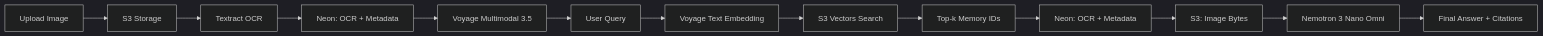
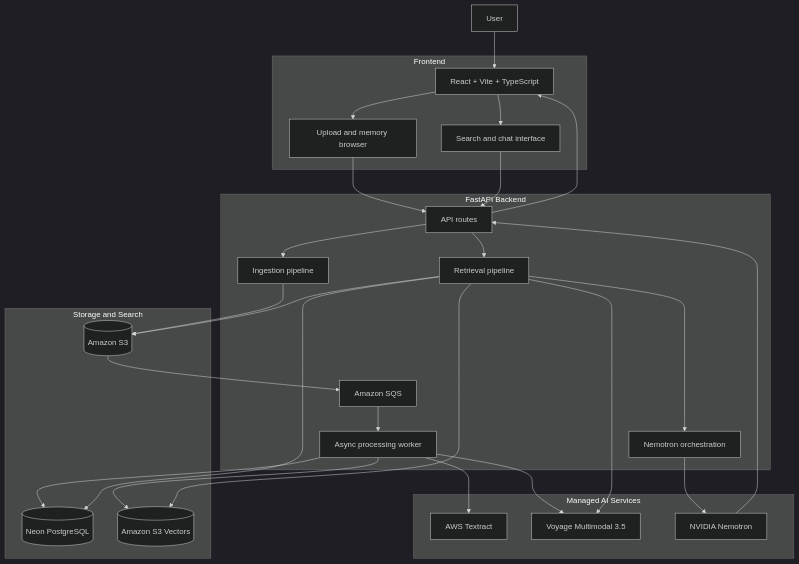
One commit to a-y-a-n-das/Remora changed the first of 3 diagrams in README.md. Above: the diagram before and after it, drawn with Mermaid (dark theme). The commit also changed other lines of this file, not shown here.

````diff
--- a/README.md
+++ b/README.md
@@ -23,15 +52,53 @@
 ```mermaid
-flowchart LR
-    A[Upload Image] --> B[S3 Storage]
-    B --> C[Textract OCR]
-    C --> D[Neon: OCR + Metadata]
-    D --> E[Voyage Multimodal 3.5]
-    E --> F[(S3 Vectors)]
-    F[User Query] --> G[Voyage Text Embedding]
-    G --> H[S3 Vectors Search]
-    H --> I[Top-k Memory IDs]
-    I --> J[Neon: OCR + Metadata]
-    J --> K[S3: Image Bytes]
-    K --> L[Nemotron 3 Nano Omni]
-    L --> M[Final Answer + Citations]
+flowchart TB
+    User[User]
+
+    subgraph Frontend["Frontend"]
+        UI[React + Vite + TypeScript]
+        Upload[Upload and memory browser]
+        Search[Search and chat interface]
+    end
+
+    subgraph Backend["FastAPI Backend"]
+        API[API routes]
+        Ingest[Ingestion pipeline]
+        Queue[Amazon SQS]
+        Worker[Async processing worker]
+        Retrieve[Retrieval pipeline]
+        Reason[Nemotron orchestration]
+    end
+
+    subgraph Storage["Storage and Search"]
+        S3[(Amazon S3)]
+        Neon[(Neon PostgreSQL)]
+        Vectors[(Amazon S3 Vectors)]
+    end
+
+    subgraph AI["Managed AI Services"]
+        Textract[AWS Textract]
+        Voyage[Voyage Multimodal 3.5]
+        Nemotron[NVIDIA Nemotron]
+    end
+
+    User --> UI
+    UI --> Upload
+    UI --> Search
+    Upload --> API
+    Search --> API
+    API --> Ingest
+    API --> Retrieve
+    Ingest --> S3
+    S3 --> Queue --> Worker
+    Worker --> Textract
+    Worker --> Voyage
+    Worker --> Neon
+    Worker --> Vectors
+    Retrieve --> Voyage
+    Retrieve --> Vectors
+    Retrieve --> Neon
+    Retrieve --> S3
+    Retrieve --> Reason
+    Reason --> Nemotron
+    Nemotron --> API
+    API --> UI
 ```
````
